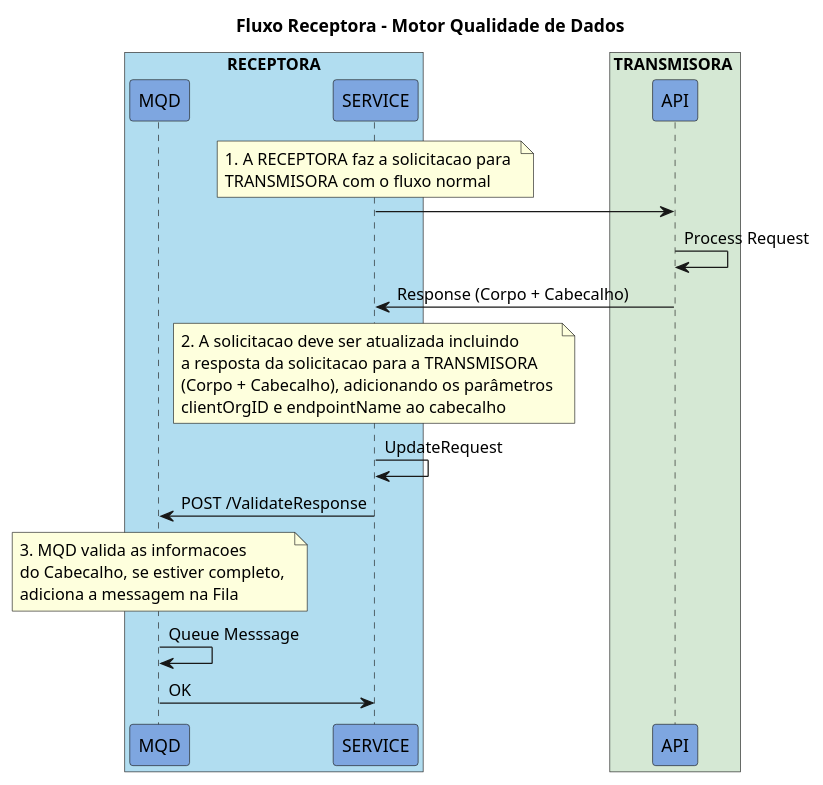
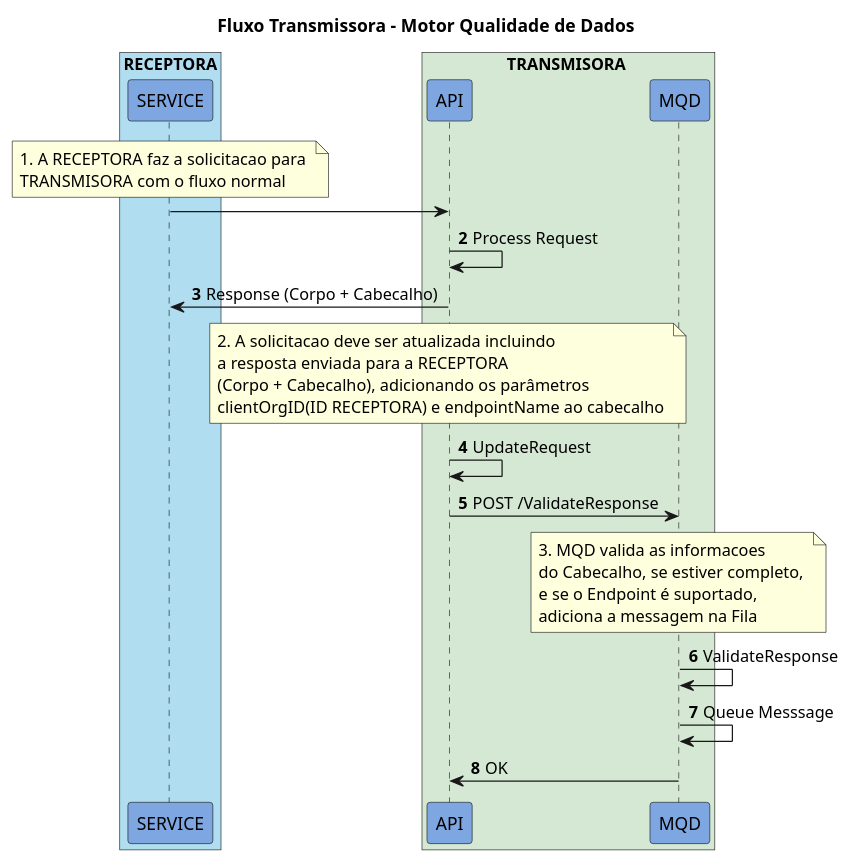
One commit to OpenBanking-Brasil/mqd-client changed the diagram in docs/Arquitetura/desenhos/receptora_fluxo_API.puml. Above: the diagram before and after it, drawn with PlantUML. The commit also changed 9 other files, not shown here.

Commit message:
Architecture documentation was updated

```diff
--- a/docs/Arquitetura/desenhos/receptora_fluxo_API.puml
+++ b/docs/Arquitetura/desenhos/receptora_fluxo_API.puml
@@ -1,39 +1,41 @@
 @startuml
-title Fluxo Receptora - Motor Qualidade de Dados
+title Fluxo Transmissora - Motor Qualidade de Dados
 
 box "RECEPTORA" #B1DDF0
-  participant MQD #7EA6E0
   participant SERVICE #7EA6E0
 end box
 
 box TRANSMISORA #D5E8D4
   participant API #7EA6E0
+  participant MQD #7EA6E0
 end box
 
 note over SERVICE 
    1. A RECEPTORA faz a solicitacao para 
    TRANSMISORA com o fluxo normal
 end note
 
 SERVICE -> API
+autonumber 2
 API -> API: Process Request
 API -> SERVICE: Response (Corpo + Cabecalho)
-  note over SERVICE 
+  note over API 
      2. A solicitacao deve ser atualizada incluindo 
-     a resposta da solicitacao para a TRANSMISORA
+     a resposta enviada para a RECEPTORA
      (Corpo + Cabecalho), adicionando os parâmetros 
-     clientOrgID e endpointName ao cabecalho 
+     clientOrgID(ID RECEPTORA) e endpointName ao cabecalho 
   end note
-SERVICE -> SERVICE: UpdateRequest
+API -> API : UpdateRequest
 
-
-
-SERVICE -> MQD: POST /ValidateResponse
+API -> MQD: POST /ValidateResponse
 note over MQD
   3. MQD valida as informacoes 
   do Cabecalho, se estiver completo, 
+  e se o Endpoint é suportado,
   adiciona a messagem na Fila
 end note
+MQD -> MQD: ValidateResponse
 MQD -> MQD: Queue Messsage
-MQD -> SERVICE: OK
-@enduml 
+MQD -> API : OK
+
+@enduml
```
